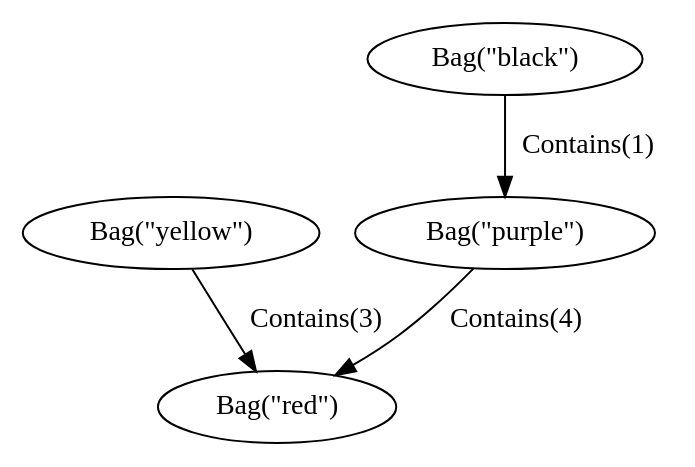
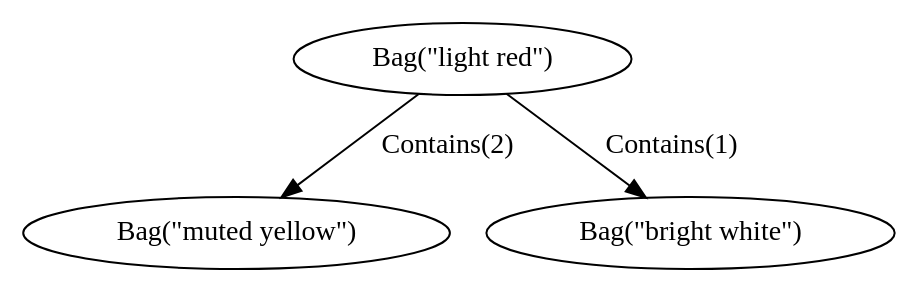
Before and after one commit to aatifsyed/advent-of-code-2020: the diagram in day07/g.dot, drawn with Graphviz. The commit also changed 1 other file, not shown here.

```diff
--- a/day07/g.dot
+++ b/day07/g.dot
@@ -1,9 +1,7 @@
 digraph {
-    0 [ label = "Bag(\"yellow\")" ]
-    1 [ label = "Bag(\"black\")" ]
-    2 [ label = "Bag(\"purple\")" ]
-    3 [ label = "Bag(\"red\")" ]
-    1 -> 2 [ label = "Contains(1)" ]
-    0 -> 3 [ label = "Contains(3)" ]
-    2 -> 3 [ label = "Contains(4)" ]
+    0 [ label = "Bag(\"light red\")" ]
+    1 [ label = "Bag(\"muted yellow\")" ]
+    2 [ label = "Bag(\"bright white\")" ]
+    0 -> 1 [ label = "Contains(2)" ]
+    0 -> 2 [ label = "Contains(1)" ]
 }
```
